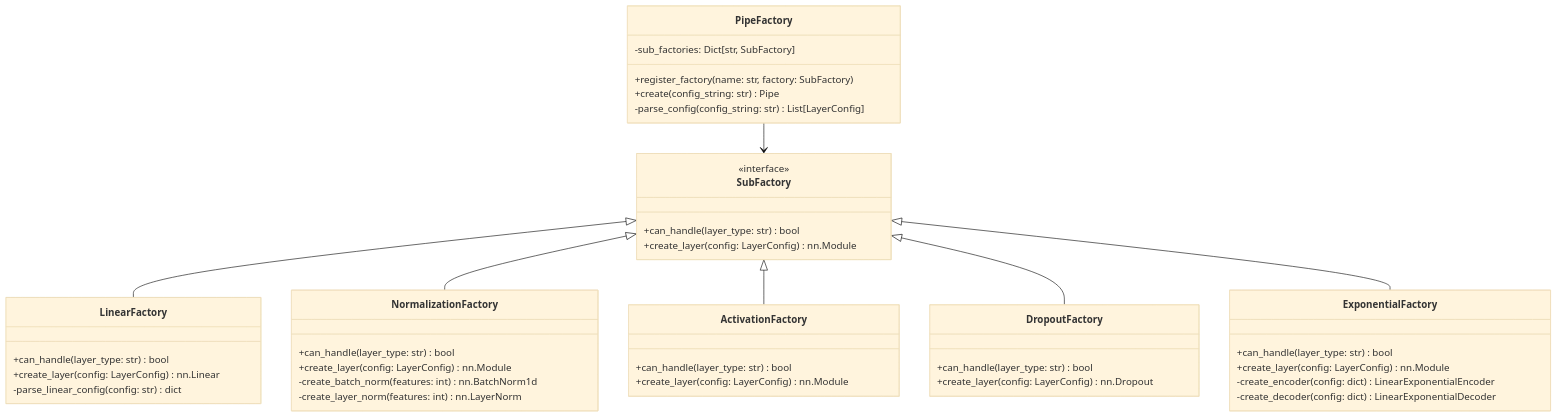
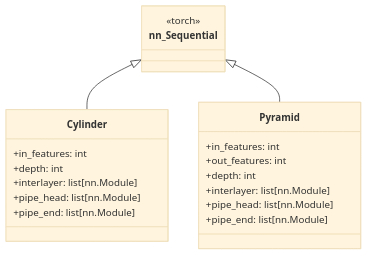
The first of 2 diagrams in Architecture.md (gatesplan/nnpipeline), drawn with Mermaid (base theme) before and after one commit. The commit also changed other lines of this file and 26 other files, not shown here.

First line of the commit message:
Cylinder/Pyramid 형상 프리셋으로 재편

````diff
--- a/Architecture.md
+++ b/Architecture.md
@@ -53,52 +11,26 @@
 ```mermaid
 classDiagram
-    class PipeFactory {
-        -sub_factories: Dict[str, SubFactory]
-        +register_factory(name: str, factory: SubFactory)
-        +create(config_string: str) Pipe
-        -parse_config(config_string: str) List[LayerConfig]
+    class nn_Sequential {
+        <<torch>>
     }
 
-    class SubFactory {
-        <<interface>>
-        +can_handle(layer_type: str) bool
-        +create_layer(config: LayerConfig) nn.Module
+    class Cylinder {
+        +in_features: int
+        +depth: int
+        +interlayer: list[nn.Module]
+        +pipe_head: list[nn.Module]
+        +pipe_end: list[nn.Module]
     }
 
-    class LinearFactory {
-        +can_handle(layer_type: str) bool
-        +create_layer(config: LayerConfig) nn.Linear
-        -parse_linear_config(config: str) dict
+    class Pyramid {
+        +in_features: int
+        +out_features: int
+        +depth: int
+        +interlayer: list[nn.Module]
+        +pipe_head: list[nn.Module]
+        +pipe_end: list[nn.Module]
     }
 
-    class NormalizationFactory {
-        +can_handle(layer_type: str) bool
-        +create_layer(config: LayerConfig) nn.Module
-        -create_batch_norm(features: int) nn.BatchNorm1d
-        -create_layer_norm(features: int) nn.LayerNorm
-    }
-
-    class ActivationFactory {
-        +can_handle(layer_type: str) bool
-        +create_layer(config: LayerConfig) nn.Module
-    }
-
-    class DropoutFactory {
-        +can_handle(layer_type: str) bool
-        +create_layer(config: LayerConfig) nn.Dropout
-    }
-
-    class ExponentialFactory {
-        +can_handle(layer_type: str) bool
-        +create_layer(config: LayerConfig) nn.Module
-        -create_encoder(config: dict) LinearExponentialEncoder
-        -create_decoder(config: dict) LinearExponentialDecoder
-    }
-
-    PipeFactory --> SubFactory
-    SubFactory <|-- LinearFactory
-    SubFactory <|-- NormalizationFactory
-    SubFactory <|-- ActivationFactory
-    SubFactory <|-- DropoutFactory
-    SubFactory <|-- ExponentialFactory
+    nn_Sequential <|-- Cylinder
+    nn_Sequential <|-- Pyramid
 ```
````
